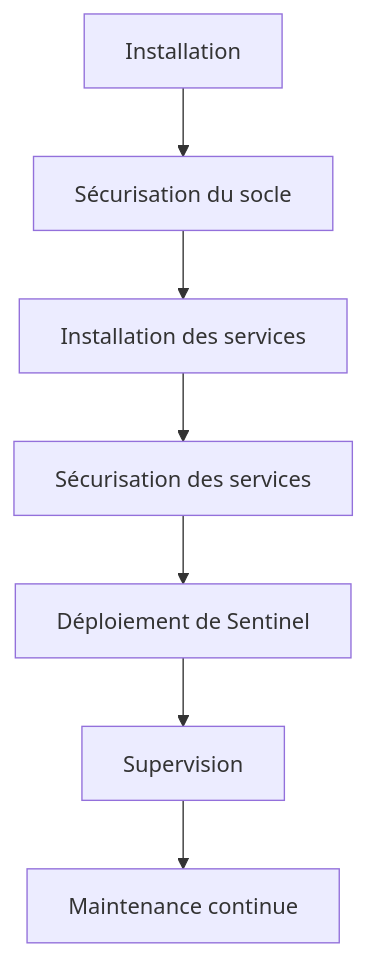
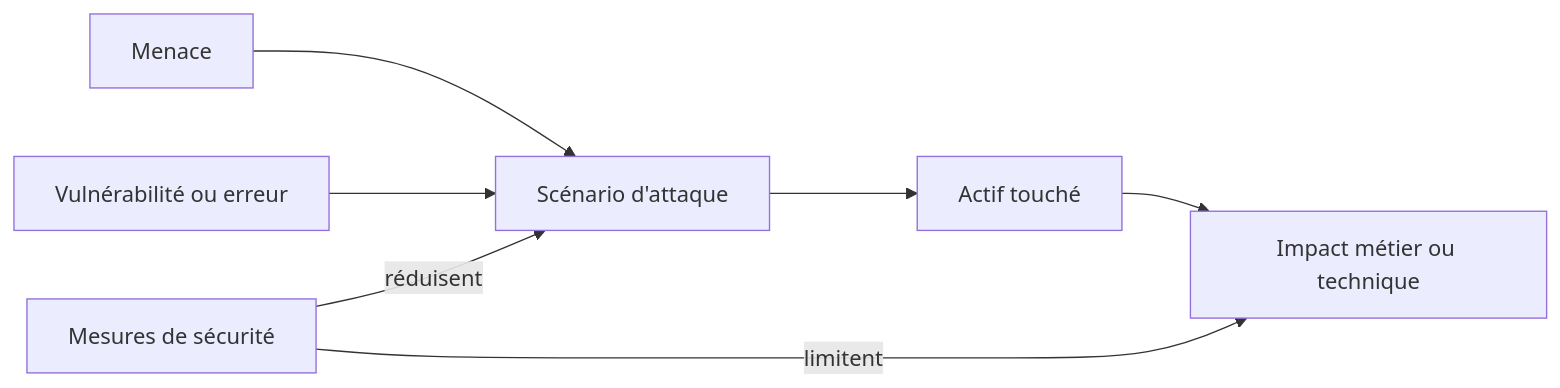
The second of 3 diagrams in campagne 1/1.1-pourquoi-securiser-socle-linux.md (tdelaclos/formations), drawn with Mermaid before and after one commit. The commit also changed other lines of this file and 10 other files, not shown here.

````diff
--- a/campagne 1/1.1-pourquoi-securiser-socle-linux.md
+++ b/campagne 1/1.1-pourquoi-securiser-socle-linux.md
@@ -747,24 +78,9 @@
 ```mermaid
-flowchart TD
-
-A["Installation"]
-
-B["Sécurisation du socle"]
-
-C["Installation des services"]
-
-D["Sécurisation des services"]
-
-E["Déploiement de Sentinel"]
-
-F["Supervision"]
-
-G["Maintenance continue"]
-
-A --> B
-B --> C
-C --> D
-D --> E
-E --> F
-F --> G
+flowchart LR
+    Threat["Menace"] --> Scenario["Scénario d'attaque"]
+    Weakness["Vulnérabilité ou erreur"] --> Scenario
+    Scenario --> Asset["Actif touché"]
+    Asset --> Impact["Impact métier ou technique"]
+    Controls["Mesures de sécurité"] -->|réduisent| Scenario
+    Controls -->|limitent| Impact
 ```
````
